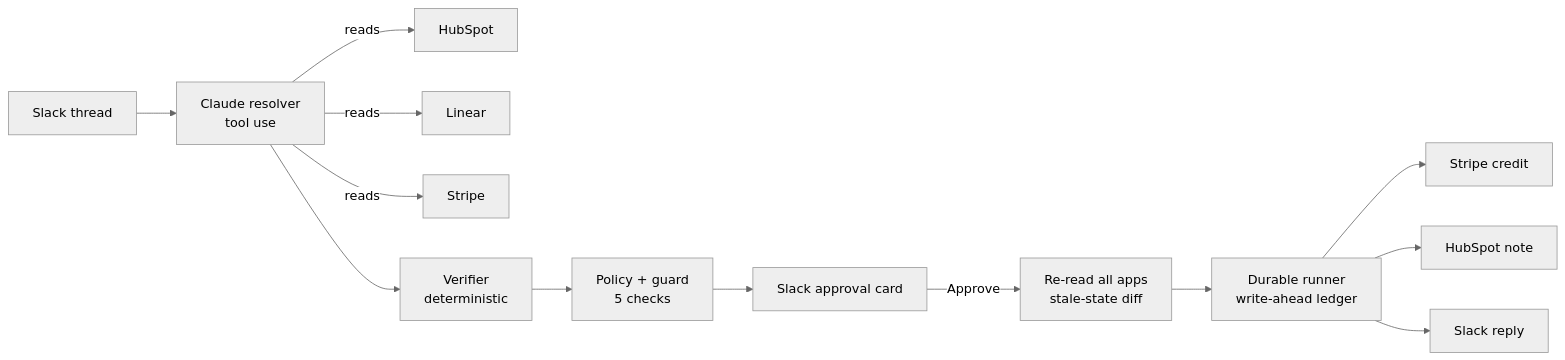
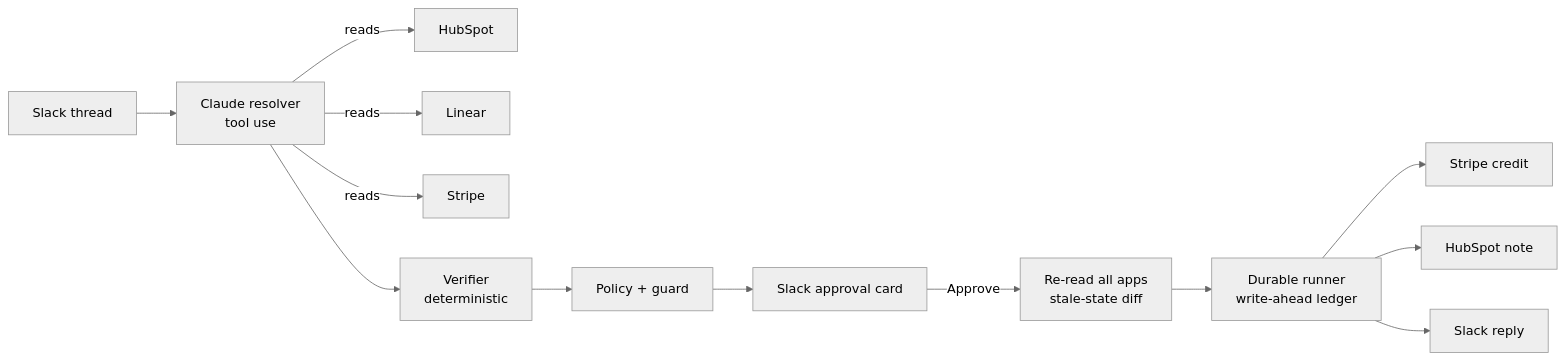
Before and after one commit to kasbsquall/twiceshy: the diagram in README.md, drawn with Mermaid (neutral theme). The commit also changed other lines of this file and 15 other files, not shown here.

````diff
--- a/README.md
+++ b/README.md
@@ -120,15 +24,15 @@
 ```mermaid
 flowchart LR
   S[Slack thread] --> R[Claude resolver<br/>tool use]
   R -->|reads| H[HubSpot]
   R -->|reads| L[Linear]
   R -->|reads| ST[Stripe]
   R --> V[Verifier<br/>deterministic]
-  V --> P[Policy + guard<br/>5 checks]
+  V --> P[Policy + guard]
   P --> C[Slack approval card]
   C -->|Approve| RV[Re-read all apps<br/>stale-state diff]
   RV --> RN[Durable runner<br/>write-ahead ledger]
   RN --> ST2[Stripe credit]
   RN --> H2[HubSpot note]
   RN --> S2[Slack reply]
 ```
````
